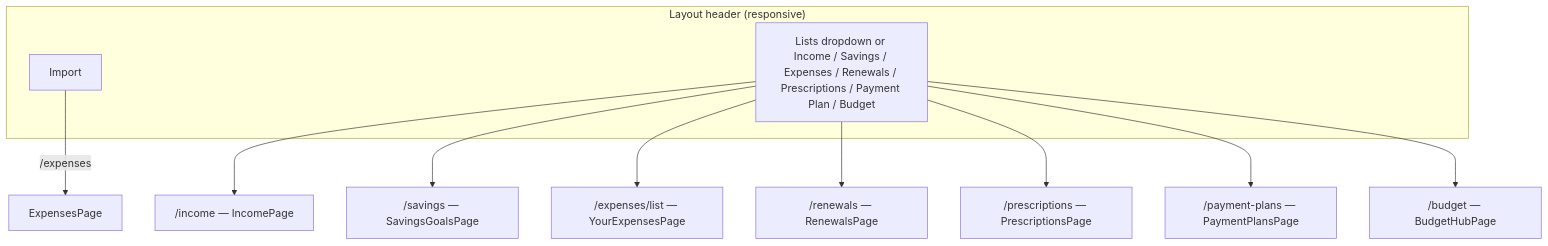
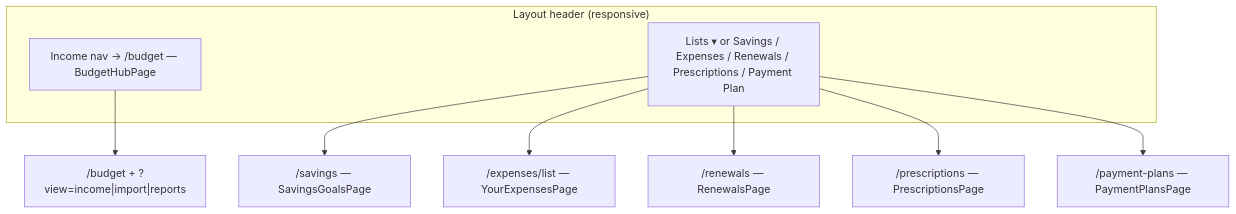
One commit to becomeonewiththecode/expense_tracker changed the seventh of 20 diagrams in docs/ARCHITECTURE_DIAGRAM.md. Above: the diagram before and after it, drawn with Mermaid. The commit also changed other lines of this file and 26 other files, not shown here.

First line of the commit message:
feat(ui): consolidate budget hub, nav, tables, and docs

````diff
--- a/docs/ARCHITECTURE_DIAGRAM.md
+++ b/docs/ARCHITECTURE_DIAGRAM.md
@@ -287,15 +287,13 @@
 ```mermaid
 flowchart TB
   subgraph hdr ["Layout header (responsive)"]
-    IMP[Import]
-    NAV["Lists dropdown or Income / Savings / Expenses / Renewals / Prescriptions / Payment Plan / Budget"]
+    HUB["Income nav → /budget — BudgetHubPage"]
+    NAV["Lists ▾ or Savings / Expenses / Renewals / Prescriptions / Payment Plan"]
   end
-  IMP -->|"/expenses"| EPn[ExpensesPage]
-  NAV --> L0["/income — IncomePage"]
+  HUB --> L5["/budget + ?view=income|import|reports"]
   NAV --> Ls["/savings — SavingsGoalsPage"]
   NAV --> L1["/expenses/list — YourExpensesPage"]
   NAV --> L2["/renewals — RenewalsPage"]
   NAV --> L3["/prescriptions — PrescriptionsPage"]
   NAV --> L4["/payment-plans — PaymentPlansPage"]
-  NAV --> L5["/budget — BudgetHubPage"]
 ```
````
